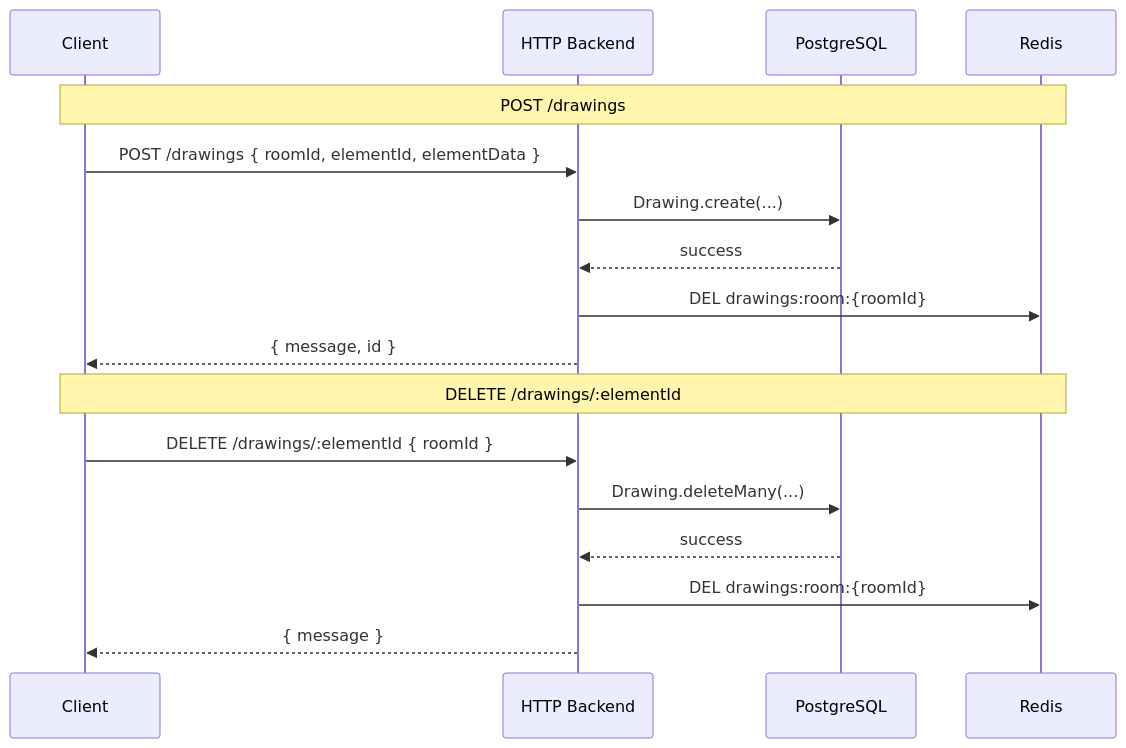
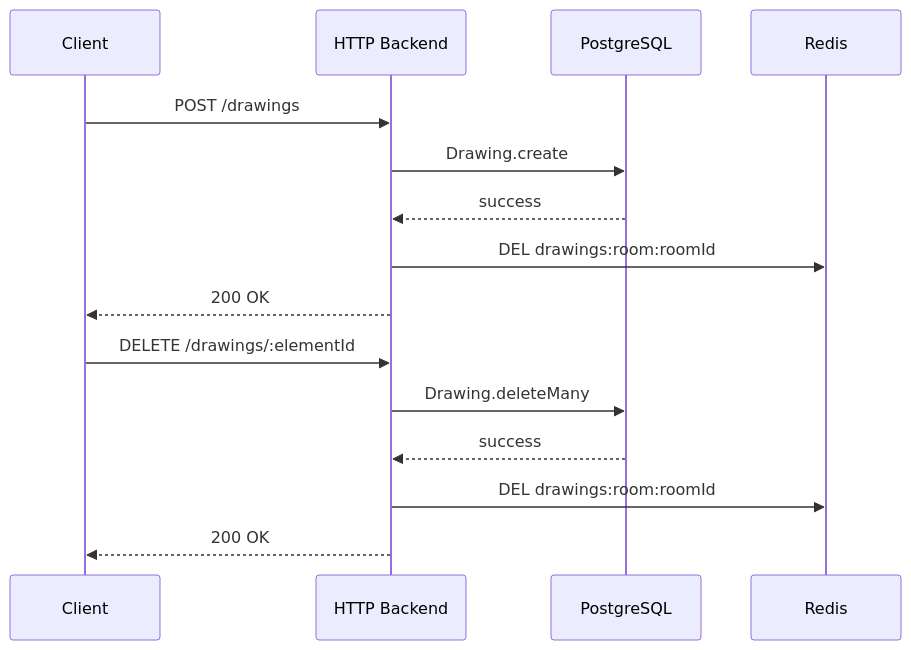
The fourth of 12 diagrams in README.md (shivamkr082003/draw-app), drawn with Mermaid before and after one commit. The commit also changed other lines of this file, not shown here.

Commit message:
docs: improve README and diagrams

````diff
--- a/README.md
+++ b/README.md
@@ -162,21 +227,19 @@
 ```mermaid
 sequenceDiagram
     participant C as Client
     participant H as HTTP Backend
     participant P as PostgreSQL
     participant R as Redis
 
-    Note over C,R: POST /drawings
-    C->>H: POST /drawings { roomId, elementId, elementData }
-    H->>P: Drawing.create(...)
+    C->>H: POST /drawings
+    H->>P: Drawing.create
     P-->>H: success
-    H->>R: DEL drawings:room:{roomId}
-    H-->>C: { message, id }
+    H->>R: DEL drawings:room:roomId
+    H-->>C: 200 OK
 
-    Note over C,R: DELETE /drawings/:elementId
-    C->>H: DELETE /drawings/:elementId { roomId }
-    H->>P: Drawing.deleteMany(...)
+    C->>H: DELETE /drawings/:elementId
+    H->>P: Drawing.deleteMany
     P-->>H: success
-    H->>R: DEL drawings:room:{roomId}
-    H-->>C: { message }
+    H->>R: DEL drawings:room:roomId
+    H-->>C: 200 OK
 ```
````
